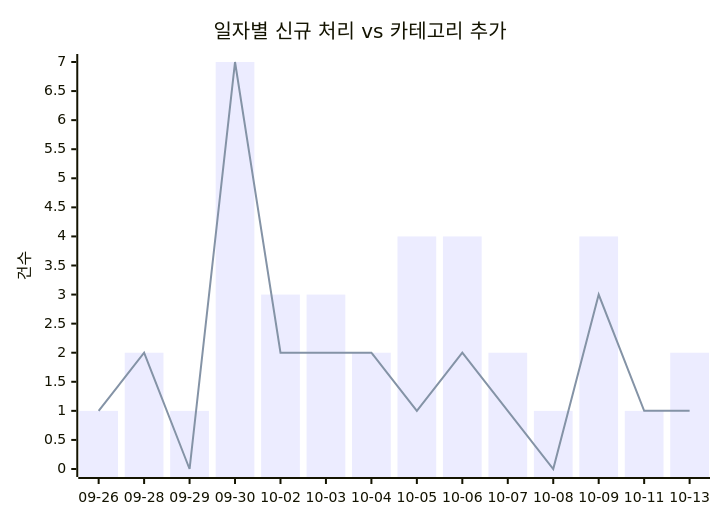
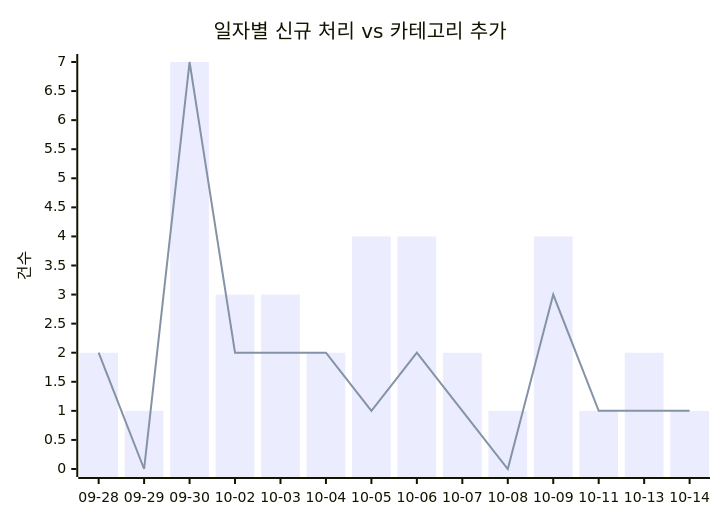
Before and after one commit to J-nowcow/awesome-korean-agent-skills: the first of 2 diagrams in docs/trends.md, drawn with Mermaid. The commit also changed other lines of this file and 4 other files, not shown here.

````diff
--- a/docs/trends.md
+++ b/docs/trends.md
@@ -32,8 +32,8 @@
 ```mermaid
 xychart-beta
     title "일자별 신규 처리 vs 카테고리 추가"
-    x-axis ["09-26","09-28","09-29","09-30","10-02","10-03","10-04","10-05","10-06","10-07","10-08","10-09","10-11","10-13"]
+    x-axis ["09-28","09-29","09-30","10-02","10-03","10-04","10-05","10-06","10-07","10-08","10-09","10-11","10-13","10-14"]
     y-axis "건수"
-    bar [1,2,1,7,3,3,2,4,4,2,1,4,1,2]
-    line [1,2,0,7,2,2,2,1,2,1,0,3,1,1]
+    bar [2,1,7,3,3,2,4,4,2,1,4,1,2,1]
+    line [2,0,7,2,2,2,1,2,1,0,3,1,1,1]
 ```
````
